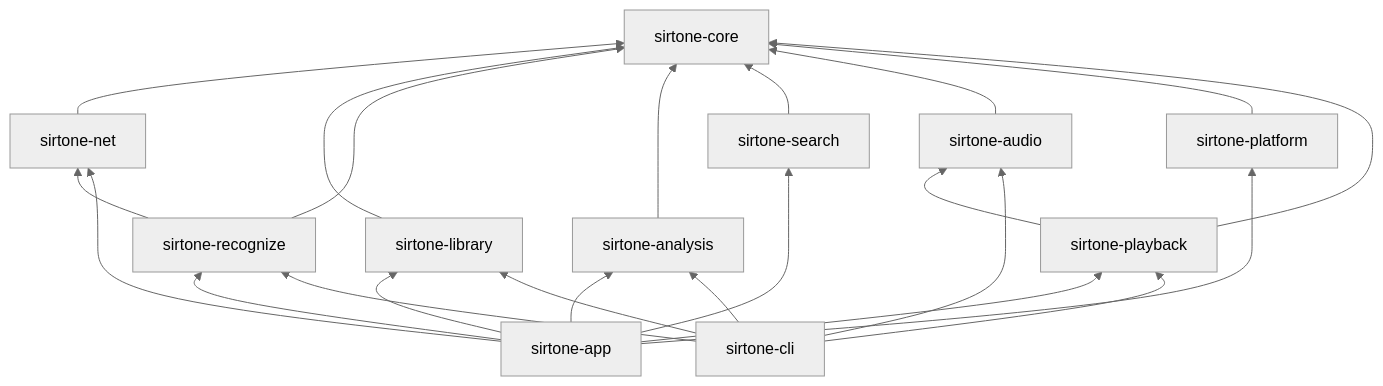
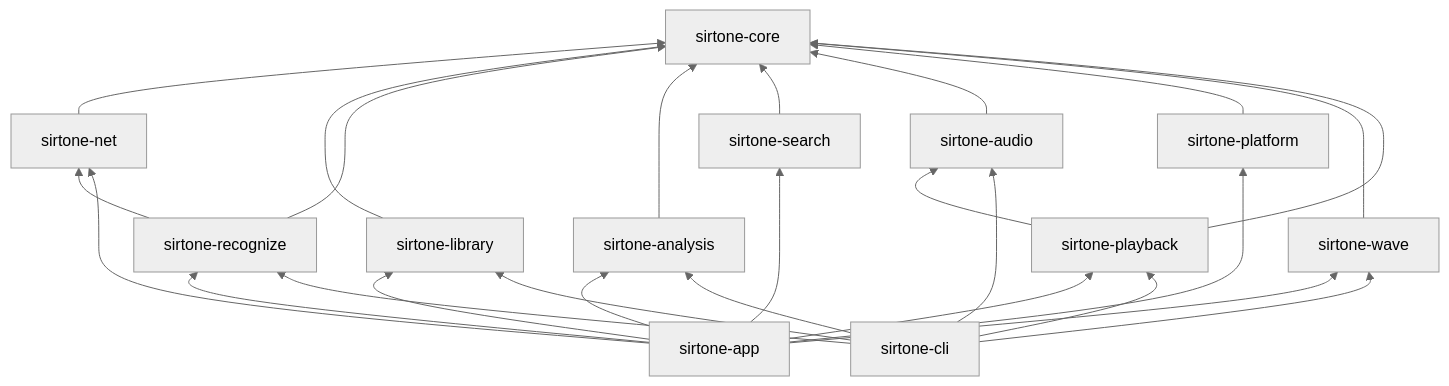
The third of 6 diagrams in docs/03_ARCHITECTURE.md (eropermakov/SirTone), drawn with Mermaid (neutral theme) before and after one commit. The commit also changed other lines of this file and 27 other files, not shown here.

````diff
--- a/docs/03_ARCHITECTURE.md
+++ b/docs/03_ARCHITECTURE.md
@@ -154,16 +164,17 @@
 ```mermaid
 flowchart BT
   core[sirtone-core]
   net[sirtone-net] --> core
   lib[sirtone-library] --> core
   rec[sirtone-recognize] --> core
   rec --> net
   ana[sirtone-analysis] --> core
   sea[sirtone-search] --> core
   aud[sirtone-audio] --> core
   plat[sirtone-platform] --> core
+  wave[sirtone-wave] --> core
   pb[sirtone-playback] --> aud
   pb --> core
-  app[sirtone-app] --> pb & lib & rec & ana & sea & plat & net
-  cli[sirtone-cli] --> aud & lib & rec & ana & pb
+  app[sirtone-app] --> pb & lib & rec & ana & sea & plat & net & wave
+  cli[sirtone-cli] --> aud & lib & rec & ana & pb & wave
 ```
````
